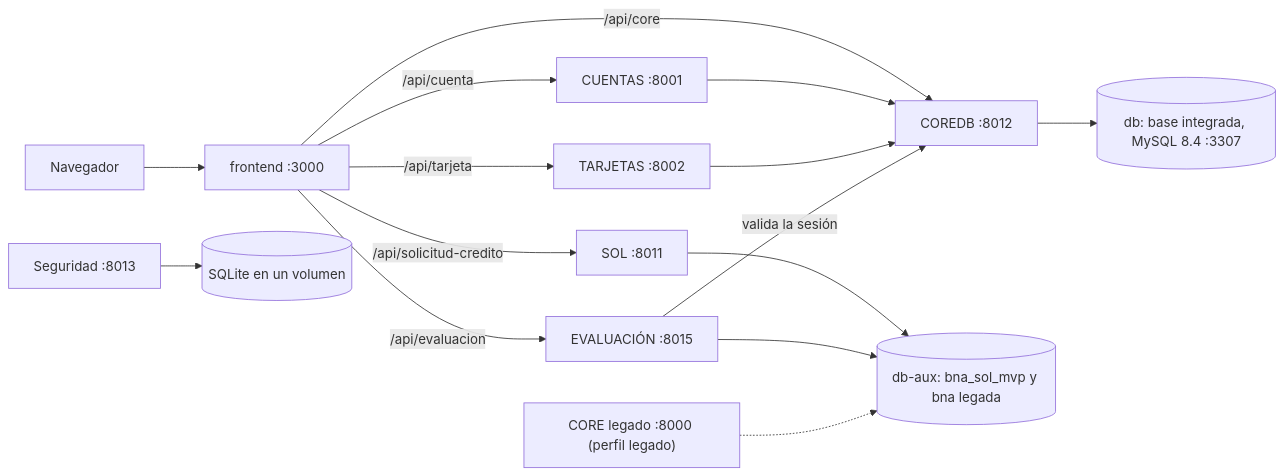
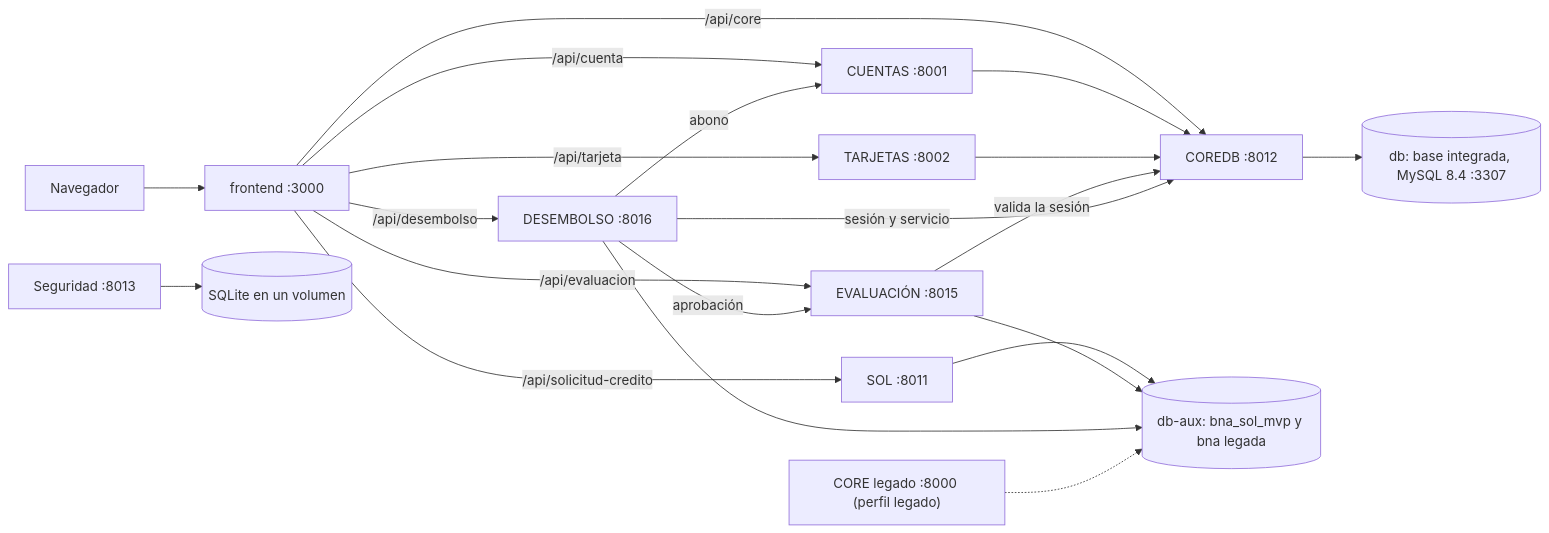
The diagram in README.md (SantiagoCusirramos/Banco_Nacional_Arequipa), drawn with Mermaid before and after one commit. The commit also changed other lines of this file and 50 other files, not shown here.

First line of the commit message:
Agregar el módulo DESEMBOLSO conectado a Evaluación, CUENTAS, Cobranza y COREDB

````diff
--- a/README.md
+++ b/README.md
@@ -43,17 +44,22 @@
 ```mermaid
 flowchart LR
   nav["Navegador"] --> fe["frontend :3000"]
   fe -->|"/api/core"| coredb["COREDB :8012"]
   fe -->|"/api/cuenta"| cta["CUENTAS :8001"]
   fe -->|"/api/tarjeta"| tar["TARJETAS :8002"]
   fe -->|"/api/solicitud-credito"| sol["SOL :8011"]
   fe -->|"/api/evaluacion"| eva["EVALUACIÓN :8015"]
+  fe -->|"/api/desembolso"| des["DESEMBOLSO :8016"]
   cta --> coredb
   tar --> coredb
   coredb --> db[("db: base integrada, MySQL 8.4 :3307")]
   sol --> aux[("db-aux: bna_sol_mvp y bna legada")]
   eva -->|"valida la sesión"| coredb
   eva --> aux
+  des -->|"aprobación"| eva
+  des -->|"abono"| cta
+  des -->|"sesión y servicio"| coredb
+  des --> aux
   seg["Seguridad :8013"] --> sq[("SQLite en un volumen")]
   leg["CORE legado :8000 (perfil legado)"] -.-> aux
 ```
````
